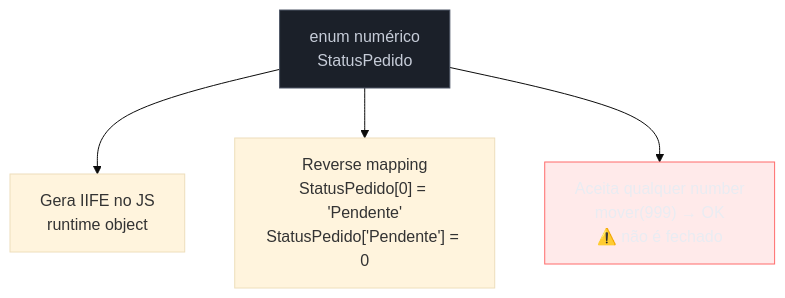
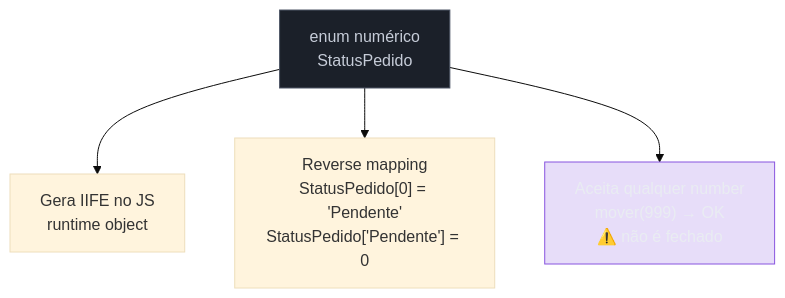
One commit to josenaldo/codex-technomanticus changed the first of 4 diagrams in 03-Dominios/Tecnologia/TypeScript/19 - Enums, const objects e modelagem de constantes.md. Above: the diagram before and after it, drawn with Mermaid (base theme). The commit also changed other lines of this file and 601 other files, not shown here.

````diff
--- a/03-Dominios/Tecnologia/TypeScript/19 - Enums, const objects e modelagem de constantes.md
+++ b/03-Dominios/Tecnologia/TypeScript/19 - Enums, const objects e modelagem de constantes.md
@@ -108,16 +108,16 @@
 ```mermaid
 flowchart TD
-    classDef falha fill:#FF6B6B24,stroke:#FF6B6B,color:#E9ECF2
+    classDef marca fill:#8855DF33,stroke:#8855DF,color:#E9ECF2
     classDef neutro fill:#1B2029,stroke:#4E5666,color:#C6CCD8
     EN["enum numérico\nStatusPedido"]
     GEN["Gera IIFE no JS\nruntime object"]
     RM["Reverse mapping\nStatusPedido[0] = 'Pendente'\nStatusPedido['Pendente'] = 0"]
     BH["Aceita qualquer number\nmover(999) → OK\n⚠️ não é fechado"]
 
     EN --> GEN
     EN --> RM
     EN --> BH
 
-    class BH falha
+    class BH marca
     class EN neutro
 ```
````
